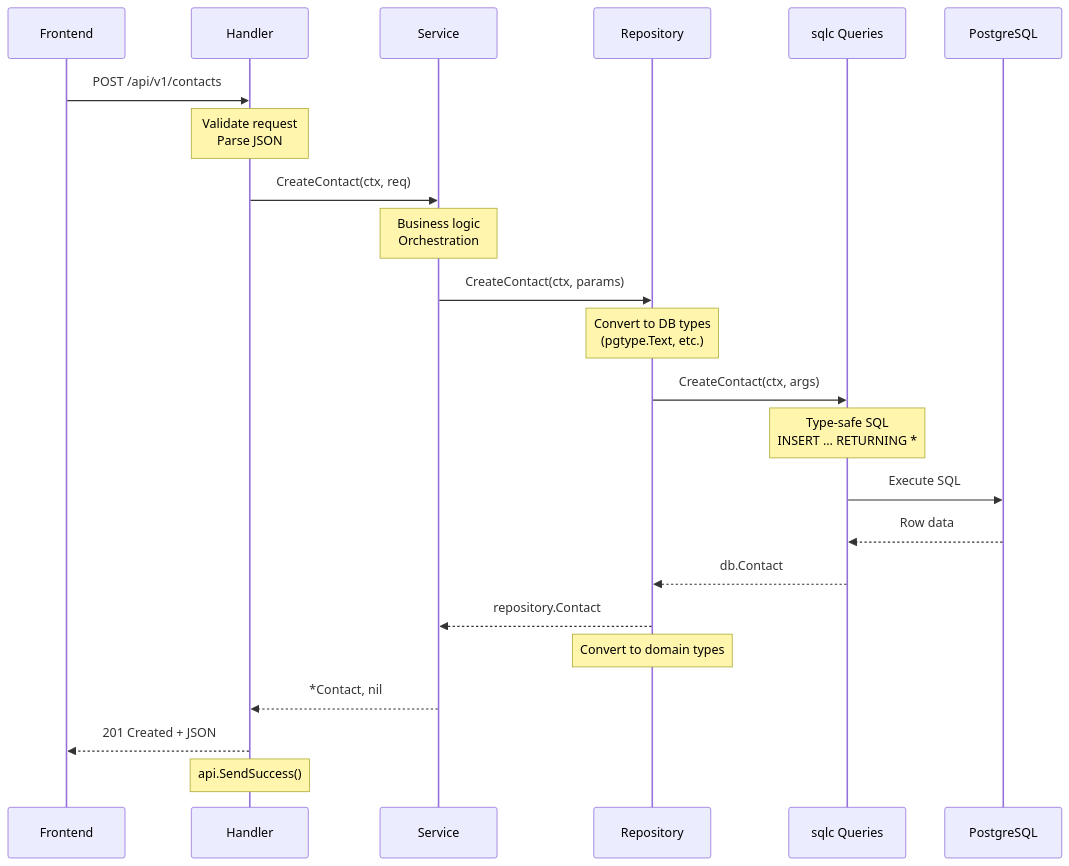
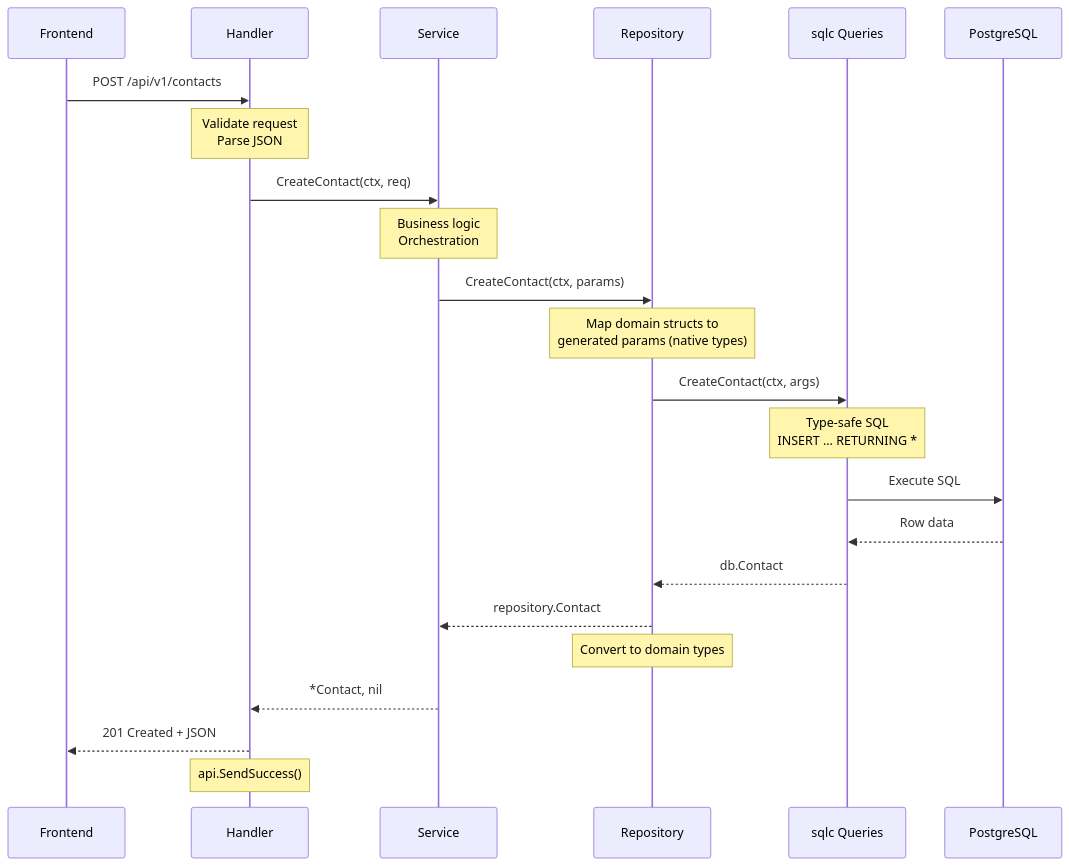
One commit to spengrah/PersonalCRM changed the second of 3 diagrams in .ai/guides/architecture.md. Above: the diagram before and after it, drawn with Mermaid. The commit also changed other lines of this file and 2 other files, not shown here.

First line of the commit message:
docs: retire the pgtype conversion guidance

````diff
--- a/.ai/guides/architecture.md
+++ b/.ai/guides/architecture.md
@@ -75,32 +75,32 @@
 ```mermaid
 sequenceDiagram
     participant Client as Frontend
     participant H as Handler
     participant S as Service
     participant R as Repository
     participant Q as sqlc Queries
     participant DB as PostgreSQL
 
     Client->>H: POST /api/v1/contacts
     Note over H: Validate request<br/>Parse JSON
 
     H->>S: CreateContact(ctx, req)
     Note over S: Business logic<br/>Orchestration
 
     S->>R: CreateContact(ctx, params)
-    Note over R: Convert to DB types<br/>(pgtype.Text, etc.)
+    Note over R: Map domain structs to<br/>generated params (native types)
 
     R->>Q: CreateContact(ctx, args)
     Note over Q: Type-safe SQL<br/>INSERT ... RETURNING *
 
     Q->>DB: Execute SQL
     DB-->>Q: Row data
 
     Q-->>R: db.Contact
     R-->>S: repository.Contact
     Note over R: Convert to domain types
 
     S-->>H: *Contact, nil
     H-->>Client: 201 Created + JSON
     Note over H: api.SendSuccess()
 ```
````
